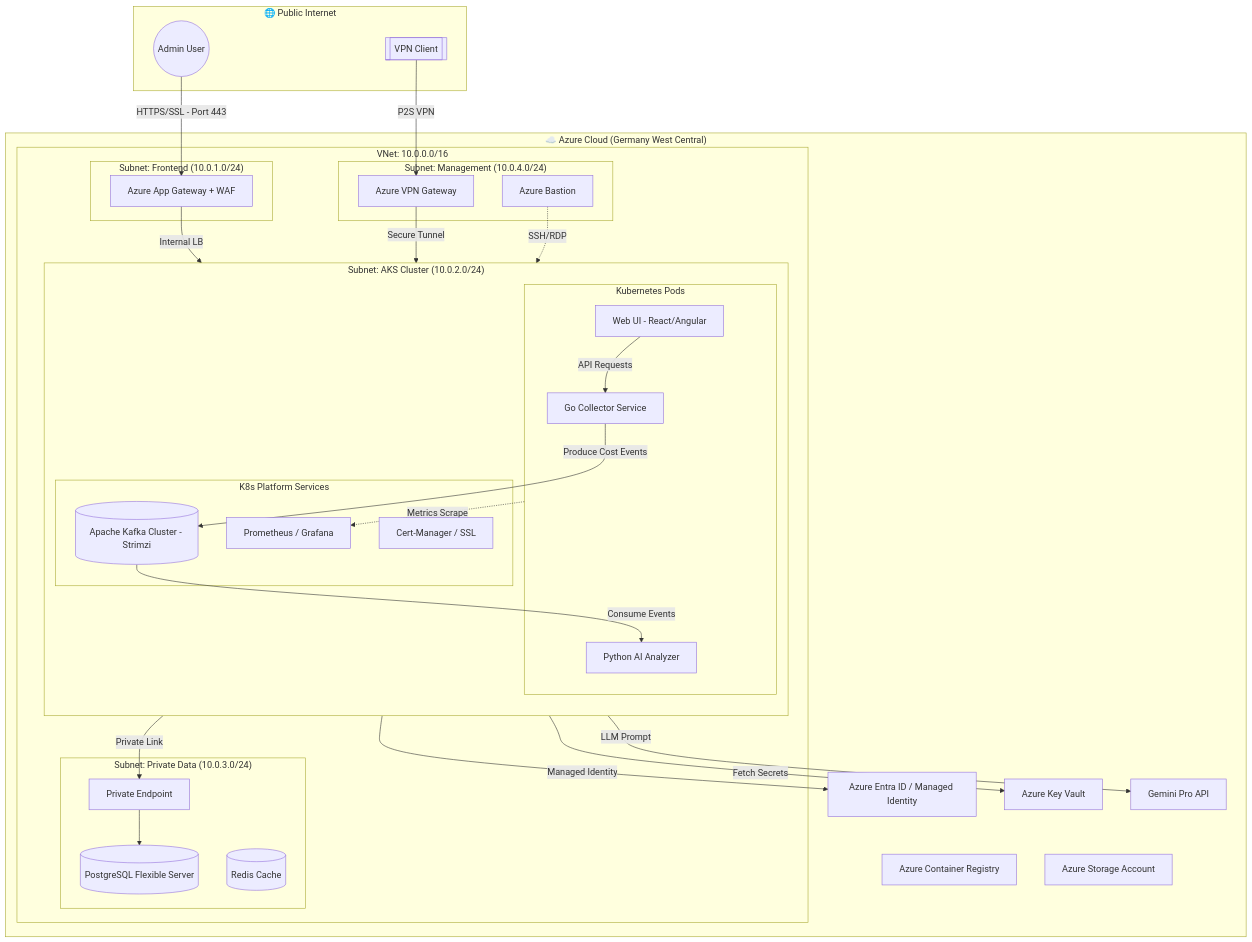
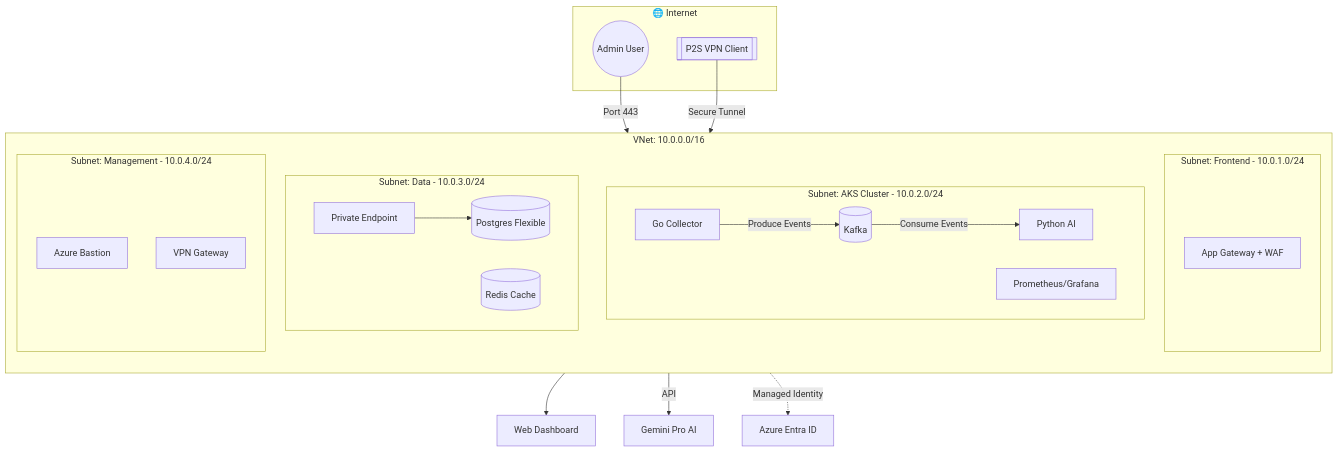
Before and after one commit to cloud-optimization-lab/finops-infrastructure: the diagram in README.md, drawn with Mermaid. The commit also changed other lines of this file, not shown here.

````diff
--- a/README.md
+++ b/README.md
@@ -23,72 +30,40 @@
 ```mermaid
-graph TB
-    subgraph Internet ["🌐 Public Internet"]
+graph TD
+    subgraph Public_Internet [🌐 Internet]
         User((Admin User))
-        VPN_Client[[VPN Client]]
+        VPN[[P2S VPN Client]]
     end
 
-    subgraph Azure_Cloud ["☁️ Azure Cloud (Germany West Central)"]
+    subgraph Azure_VNet [VNet: 10.0.0.0/16]
+        direction TB
         
-        subgraph VNet ["VNet: 10.0.0.0/16"]
-            
-            subgraph Snet_Frontend ["Subnet: Frontend (10.0.1.0/24)"]
-                AGW[Azure App Gateway + WAF]
-            end
-
-            subgraph Snet_AKS ["Subnet: AKS Cluster (10.0.2.0/24)"]
-                direction TB
-                subgraph K8s_Pods ["Kubernetes Pods"]
-                    UI[Web UI - React/Angular]
-                    Collector[Go Collector Service]
-                    Analyzer[Python AI Analyzer]
-                end
-                
-                subgraph K8s_Infra ["K8s Platform Services"]
-                    Kafka[(Apache Kafka Cluster - Strimzi)]
-                    Prometheus[Prometheus / Grafana]
-                    CertManager[Cert-Manager / SSL]
-                end
-            end
-
-            subgraph Snet_Data ["Subnet: Private Data (10.0.3.0/24)"]
-                DB[(PostgreSQL Flexible Server)]
-                PE_DB[Private Endpoint]
-                Redis[(Redis Cache)]
-            end
-
-            subgraph Snet_Mgmt ["Subnet: Management (10.0.4.0/24)"]
-                Bastion[Azure Bastion]
-                VPNGW[Azure VPN Gateway]
-            end
+        subgraph Snet_Front [Subnet: Frontend - 10.0.1.0/24]
+            AGW[App Gateway + WAF]
         end
 
-        %% Global Services
-        Entra[Azure Entra ID / Managed Identity]
-        KV[Azure Key Vault]
-        ACR[Azure Container Registry]
-        Storage[Azure Storage Account]
-        AI[Gemini Pro API]
+        subgraph Snet_AKS [Subnet: AKS Cluster - 10.0.2.0/24]
+            direction LR
+            Collector[Go Collector] -->|Produce Events| Kafka[(Kafka)]
+            Kafka -->|Consume Events| Analyzer[Python AI]
+            Monitoring[Prometheus/Grafana]
+        end
+
+        subgraph Snet_Data [Subnet: Data - 10.0.3.0/24]
+            DB[(Postgres Flexible)]
+            PE[Private Endpoint]
+            Redis[(Redis Cache)]
+        end
+
+        subgraph Snet_Mgmt [Subnet: Management - 10.0.4.0/24]
+            Bastion[Azure Bastion]
+            VPNGW[VPN Gateway]
+        end
     end
 
-    %% Traffic Flows
-    User -->|HTTPS/SSL - Port 443| AGW
-    VPN_Client -->|P2S VPN| VPNGW
-    VPNGW -->|Secure Tunnel| Snet_AKS
-    
-    AGW -->|Internal LB| UI
-    UI -->|API Requests| Collector
-    
-    Collector -->|Produce Cost Events| Kafka
-    Kafka -->|Consume Events| Analyzer
-    Analyzer -->|LLM Prompt| AI
-    
-    %% Backend Flows
-    K8s_Pods -->|Private Link| PE_DB
-    PE_DB --> DB
-    K8s_Pods -->|Managed Identity| Entra
-    K8s_Pods -->|Fetch Secrets| KV
-    
-    %% Observability
-    K8s_Pods -.->|Metrics Scrape| Prometheus
-    Bastion -.->|SSH/RDP| Snet_AKS
+    User -->|Port 443| AGW
+    VPN -->|Secure Tunnel| VPNGW
+    AGW --> UI[Web Dashboard]
+    Analyzer -->|API| Gemini[Gemini Pro AI]
+    PE --> DB
+    Collector -.->|Managed Identity| Entra[Azure Entra ID]
 ```
````
